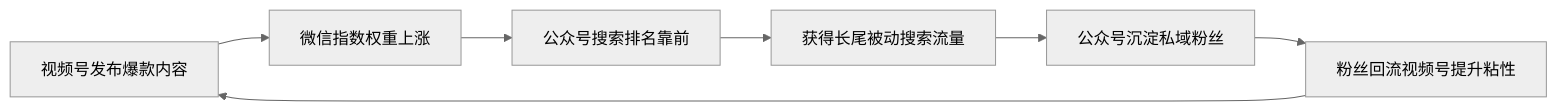
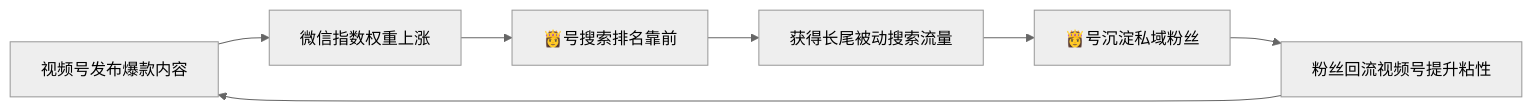
One commit to OpenDocCN1/flygon-zhuanqian-zhoubao changed the third of 4 diagrams in docs/202305_paper2textbook/asset/body_1a495e0a407ab3d5762d8bb6f279c65f_a37e38e372d17c2a9f80c3d9d0e69afe_453259f09a90eab745381fe1ddeb2f8c_d67d8ab4f4c10bf22aa353e27879133c.md. Above: the diagram before and after it, drawn with Mermaid (neutral theme). The commit also changed other lines of this file and 6688 other files, not shown here.

````diff
--- a/docs/202305_paper2textbook/asset/body_1a495e0a407ab3d5762d8bb6f279c65f_a37e38e372d17c2a9f80c3d9d0e69afe_453259f09a90eab745381fe1ddeb2f8c_d67d8ab4f4c10bf22aa353e27879133c.md
+++ b/docs/202305_paper2textbook/asset/body_1a495e0a407ab3d5762d8bb6f279c65f_a37e38e372d17c2a9f80c3d9d0e69afe_453259f09a90eab745381fe1ddeb2f8c_d67d8ab4f4c10bf22aa353e27879133c.md
@@ -267,9 +267,9 @@
 ```mermaid
 graph LR
     V[视频号发布爆款内容] --> W[微信指数权重上涨]
-    W --> G[公众号搜索排名靠前]
+    W --> G[👸号搜索排名靠前]
     G --> S[获得长尾被动搜索流量]
-    S --> P[公众号沉淀私域粉丝]
+    S --> P[👸号沉淀私域粉丝]
     P --> F[粉丝回流视频号提升粘性]
     F --> V
 ```
````
